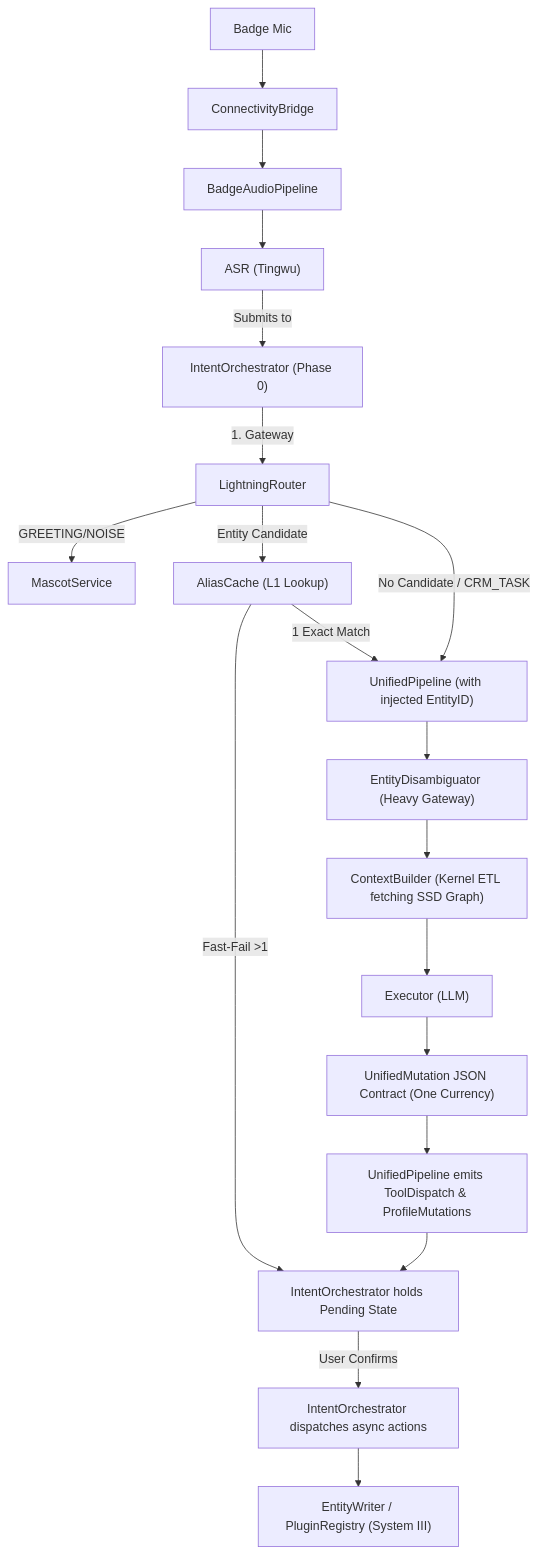
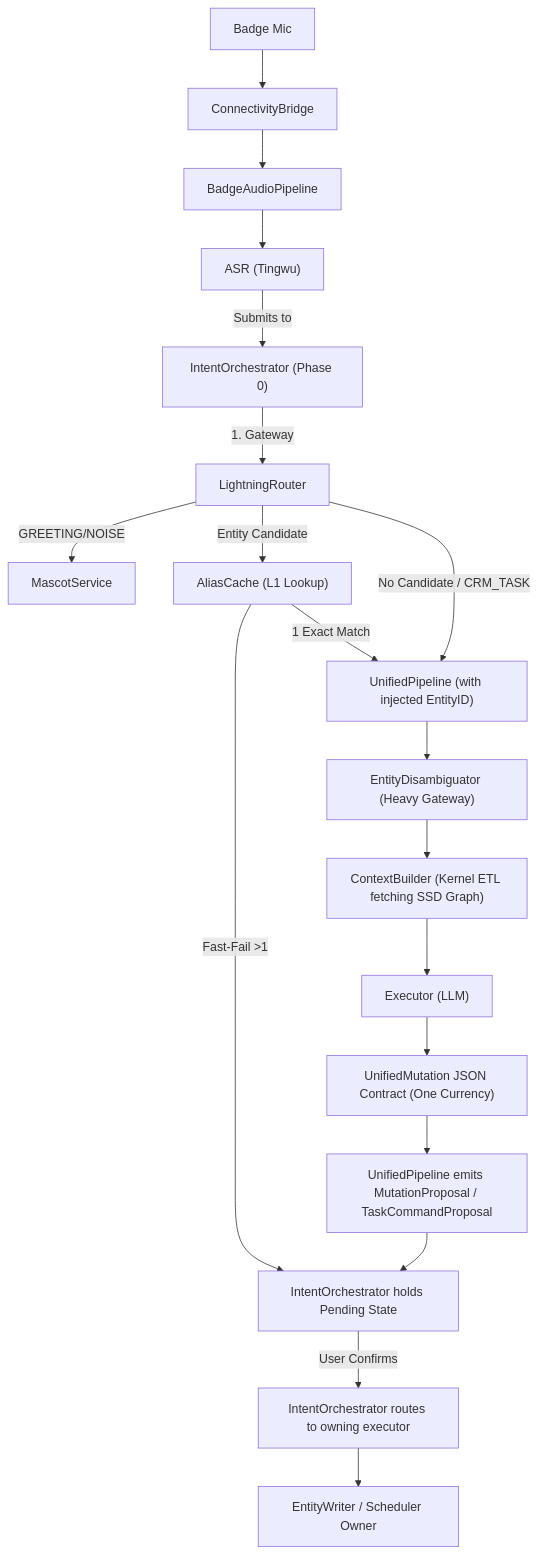
The diagram in docs/cerb/interface-map.md (esir-nus/smart-sales-main), drawn with Mermaid before and after one commit. The commit also changed other lines of this file and 36 other files, not shown here.

Commit message:
Audit architecture lanes and normalize Wave 21 handoffs

````diff
--- a/docs/cerb/interface-map.md
+++ b/docs/cerb/interface-map.md
@@ -125,21 +125,21 @@
 ```mermaid
 graph TD
     A["Badge Mic"] --> B["ConnectivityBridge"]
     B --> C["BadgeAudioPipeline"]
     C --> D["ASR (Tingwu)"]
     D -->|Submits to| E["IntentOrchestrator (Phase 0)"]
     E -->|1. Gateway| E1["LightningRouter"]
     E1 -->|GREETING/NOISE| F1["MascotService"]
     E1 -->|Entity Candidate| E1a["AliasCache (L1 Lookup)"]
     E1a -->|Fast-Fail >1| H2["IntentOrchestrator holds Pending State"]
     E1a -->|1 Exact Match| E2["UnifiedPipeline (with injected EntityID)"]
     E1 -->|No Candidate / CRM_TASK| E2
     E2 --> F0["EntityDisambiguator (Heavy Gateway)"]
     F0 --> F2["ContextBuilder (Kernel ETL fetching SSD Graph)"]
     F2 --> F["Executor (LLM)"]
     F --> G["UnifiedMutation JSON Contract (One Currency)"]
-    G --> H1["UnifiedPipeline emits ToolDispatch & ProfileMutations"]
+    G --> H1["UnifiedPipeline emits MutationProposal / TaskCommandProposal"]
     H1 --> H2
-    H2 -->|User Confirms| H3["IntentOrchestrator dispatches async actions"]
-    H3 --> I["EntityWriter / PluginRegistry (System III)"]
+    H2 -->|User Confirms| H3["IntentOrchestrator routes to owning executor"]
+    H3 --> I["EntityWriter / Scheduler Owner"]
 ```
````
